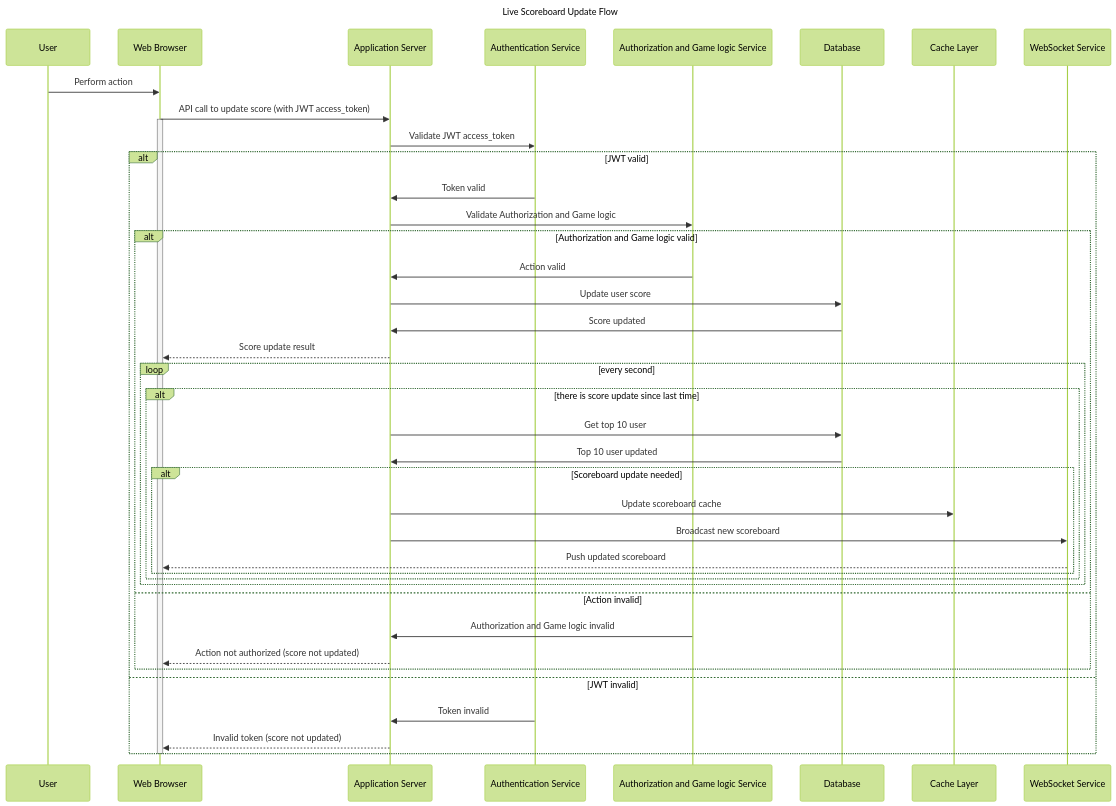
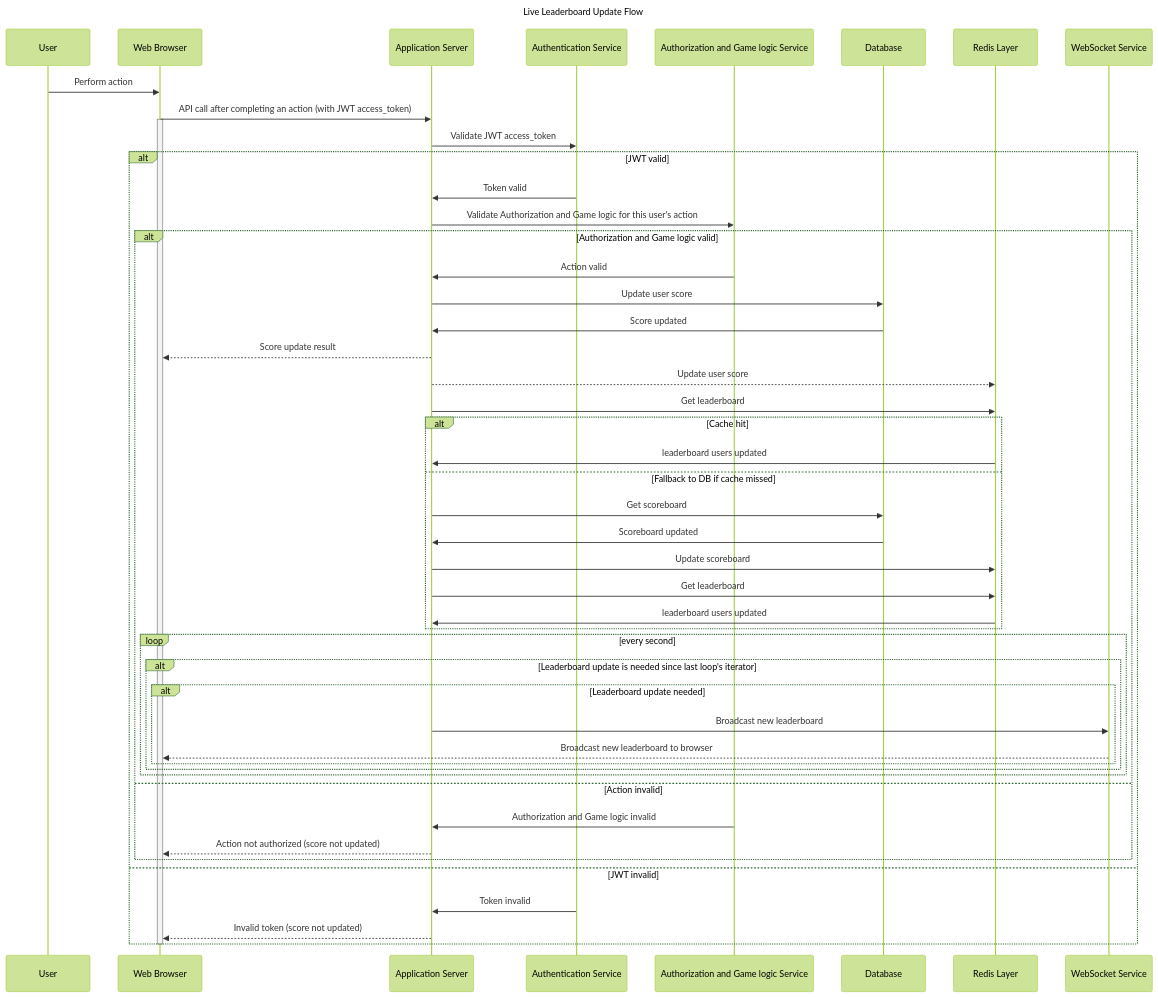
Before and after one commit to ductran2702/code_challenge_backend: the diagram in scoreboard-api-specification/README.md, drawn with Mermaid (forest theme). The commit also changed other lines of this file, not shown here.

Commit message:
challenge 3: Update flowchart and specification

````diff
--- a/scoreboard-api-specification/README.md
+++ b/scoreboard-api-specification/README.md
@@ -3,58 +3,65 @@
 ```mermaid
 sequenceDiagram
-    title Live Scoreboard Update Flow
+    title Live Leaderboard Update Flow
 
     participant User
     participant WebBrowser as Web Browser
     participant AppServer as Application Server
     participant AuthService as Authentication Service
     participant GameService as Authorization and Game logic Service
     participant DB as Database
-    participant Cache as Cache Layer
+    participant Redis as Redis Layer
     participant WebSocket as WebSocket Service
 
     %% User performs action
     User->>WebBrowser: Perform action
 
     %% Web Browser initiates score update
-    WebBrowser->>AppServer: API call to update score (with JWT access_token)
+    WebBrowser->>AppServer: API call after completing an action (with JWT access_token)
     activate WebBrowser
 
     %% App Server validates JWT
     AppServer->>AuthService: Validate JWT access_token
 
     alt JWT valid
         AuthService->>AppServer: Token valid
 
-        AppServer->>GameService: Validate Authorization and Game logic
+        AppServer->>GameService: Validate Authorization and Game logic for this user's action
 
         alt Authorization and Game logic valid
             GameService->>AppServer: Action valid
             %% App Server updates user score
             AppServer->>DB: Update user score
             DB->>AppServer: Score updated
 
-            AppServer-->>WebBrowser: Score update result
+            AppServer-->>WebBrowser: Score update result  
 
+            AppServer-->>Redis: Update user score
+            AppServer->>Redis: Get leaderboard
+            alt Cache hit
+                Redis->>AppServer: leaderboard users updated
+            else Fallback to DB if cache missed
+                AppServer->>DB: Get scoreboard
+                DB->>AppServer: Scoreboard updated
+                AppServer->>Redis: Update scoreboard
+                AppServer->>Redis: Get leaderboard
+                Redis->>AppServer: leaderboard users updated
+            end
             loop every second
-                alt there is score update since last time
-                    AppServer->>DB: Get top 10 user
-                    DB->>AppServer: Top 10 user updated
-
-                    alt Scoreboard update needed
-                        AppServer->>Cache: Update scoreboard cache
-                        AppServer->>WebSocket: Broadcast new scoreboard
-                        WebSocket-->>WebBrowser: Push updated scoreboard
+                alt Leaderboard update is needed since last loop's iterator
+                    alt Leaderboard update needed
+                        AppServer->>WebSocket: Broadcast new leaderboard
+                        WebSocket-->>WebBrowser: Broadcast new leaderboard to browser
                     end
                 end
             end
         else Action invalid
             GameService->>AppServer: Authorization and Game logic invalid
             AppServer-->>WebBrowser: Action not authorized (score not updated)
         end
     else JWT invalid
         AuthService->>AppServer: Token invalid
         AppServer-->>WebBrowser: Invalid token (score not updated)
     end
     deactivate WebBrowser
 ```
````
